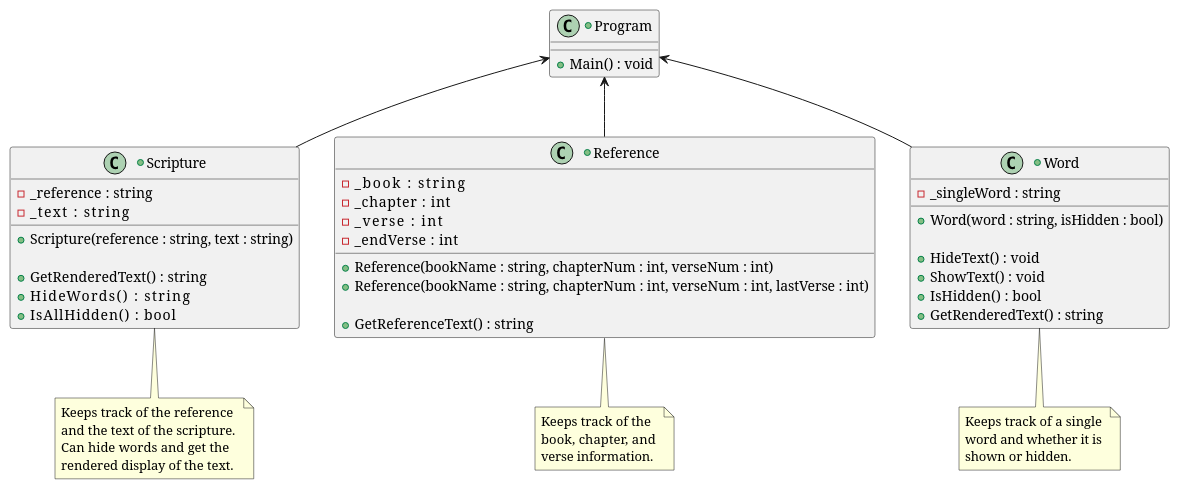
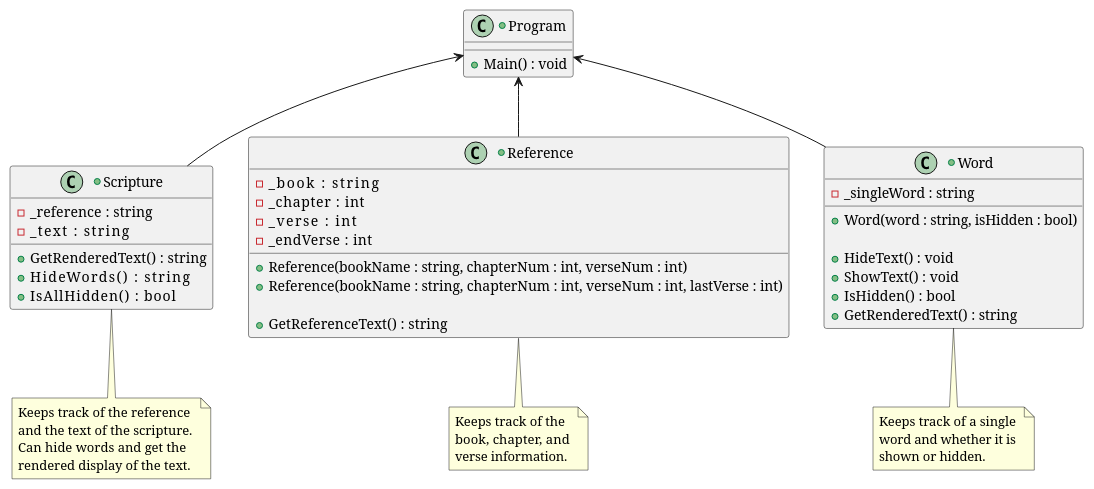
The diagram in prove/Develop03/Diagram.plantuml (moiseshn/cse210), drawn with PlantUML before and after one commit. The commit also changed 9 other files, not shown here.

```diff
--- a/prove/Develop03/Diagram.plantuml
+++ b/prove/Develop03/Diagram.plantuml
@@ -1,73 +1,72 @@
 @startuml Scripture Memorizer
 
 +class Program {
   + Main()  : void
 }
  
 +class Scripture {
 ' Attributes / Member variables
   - _reference  : string
   - _text      : string
 
-' Constructors / Parameters
-  + Scripture(reference : string, text : string)
+' Constructors / Parameters  + Scripture(reference : string, text : string)
     ' split text to list
 
 ' Behaviors / Methods / Functions
   + GetRenderedText()  : string
     ' Include a Clear & Display actions
   + HideWords()         : string
   + IsAllHidden()       : bool
 }
 note bottom of Scripture
   Keeps track of the reference 
   and the text of the scripture. 
   Can hide words and get the 
   rendered display of the text.
 end note
 
 +class Reference {
 ' Attributes
   - _book       : string
   - _chapter    : int
   - _verse      : int
   - _endVerse   : int
 
 ' Constructors
   + Reference(bookName : string, chapterNum : int, verseNum : int)
   + Reference(bookName : string, chapterNum : int, verseNum : int, lastVerse : int)
 
 ' Behaviors
   + GetReferenceText()  : string
 }
 note bottom of Reference
   Keeps track of the 
   book, chapter, and 
   verse information.
 end note
 
 +class Word {
 ' Attributes
   - _singleWord : string
 
 ' Constructors
   + Word(word : string, isHidden : bool)
     ' Set "Hide" as default parameter.
 
 ' Behaviors
   + HideText()  : void
   + ShowText()  : void
   + IsHidden()  : bool
   + GetRenderedText() : string
 }
 note bottom of Word
   Keeps track of a single 
   word and whether it is 
   shown or hidden.
 end note
 
 Program <-- Scripture
 Program <-- Reference
 Program <-- Word
 
 @enduml
```
